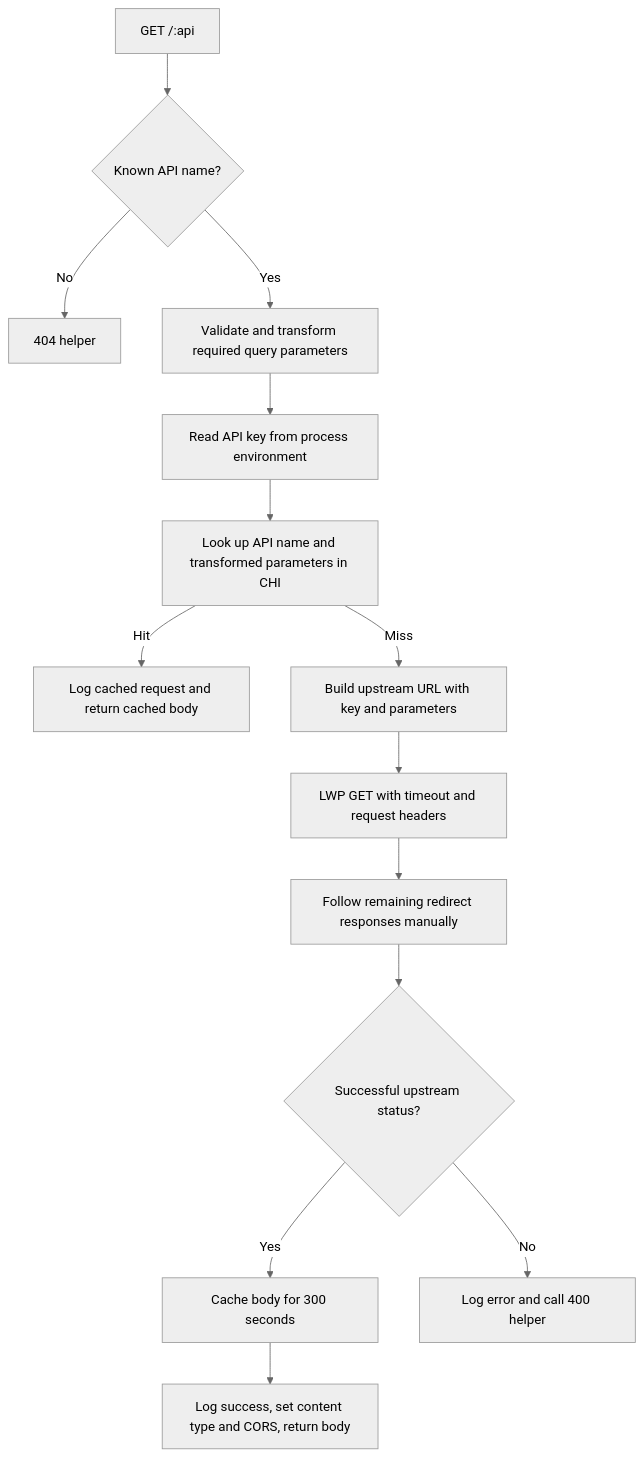
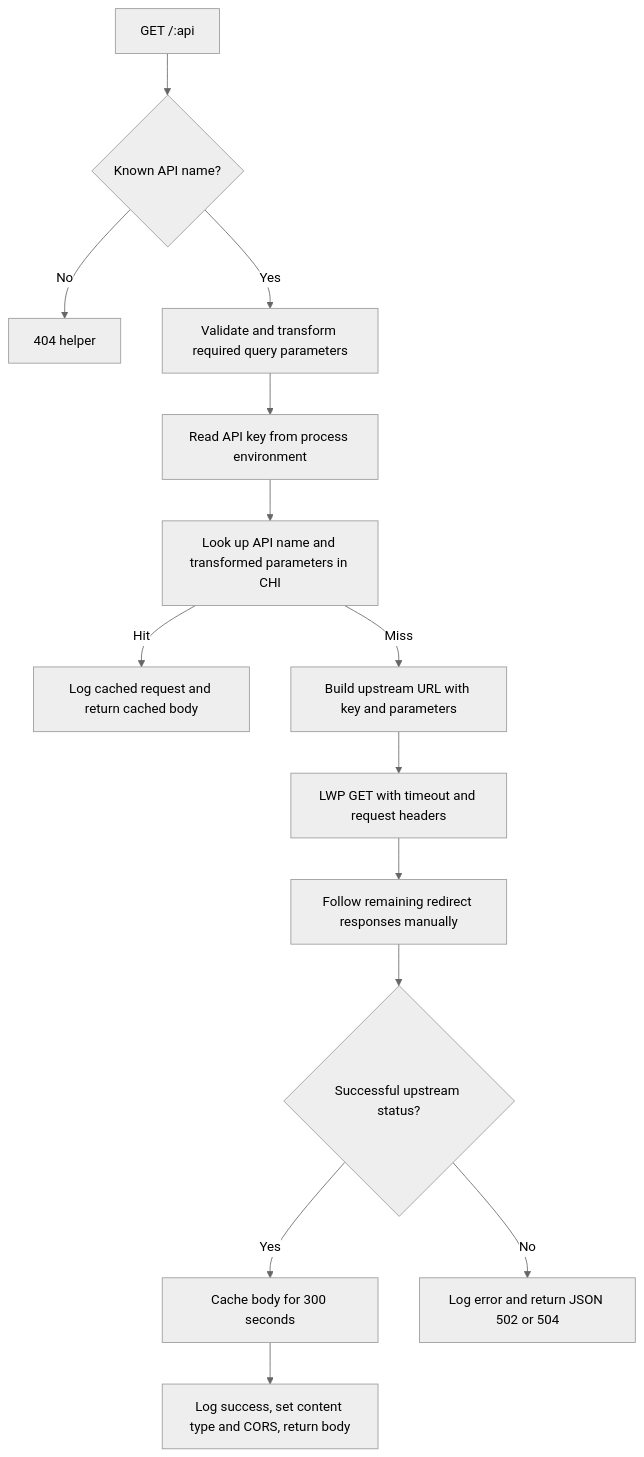
The diagram in docs/architecture.md (davorg/api-proxy), drawn with Mermaid (neutral theme) before and after one commit. The commit also changed other lines of this file and 2 other files, not shown here.

Commit message:
Return readable proxy error responses

````diff
--- a/docs/architecture.md
+++ b/docs/architecture.md
@@ -31,16 +31,16 @@
 ```mermaid
 flowchart TD
     A[GET /:api] --> B{Known API name?}
     B -->|No| N[404 helper]
     B -->|Yes| C[Validate and transform required query parameters]
     C --> D[Read API key from process environment]
     D --> E[Look up API name and transformed parameters in CHI]
     E -->|Hit| F[Log cached request and return cached body]
     E -->|Miss| G[Build upstream URL with key and parameters]
     G --> H[LWP GET with timeout and request headers]
     H --> I[Follow remaining redirect responses manually]
     I --> J{Successful upstream status?}
     J -->|Yes| K[Cache body for 300 seconds]
     K --> L[Log success, set content type and CORS, return body]
-    J -->|No| M[Log error and call 400 helper]
+    J -->|No| M[Log error and return JSON 502 or 504]
 ```
````
